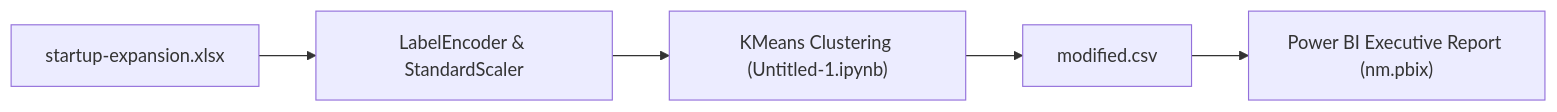
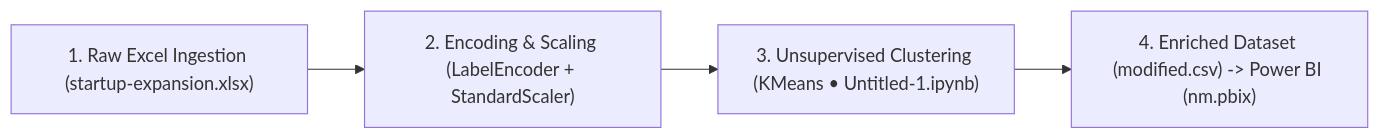
The diagram in README.md (islamsamyy/Startup-Expansion-Analysis-), drawn with Mermaid before and after one commit. The commit also changed other lines of this file and 1 other file, not shown here.

Commit message:
docs: add ultra-detailed architecture, schemas, visual showcase, APIs, and business ROI

````diff
--- a/README.md
+++ b/README.md
@@ -11,7 +27,6 @@
 ```mermaid
 flowchart LR
-    Raw["startup-expansion.xlsx"] --> Prep["LabelEncoder & StandardScaler"]
-    Prep --> Cluster["KMeans Clustering (Untitled-1.ipynb)"]
-    Cluster --> Out["modified.csv"]
-    Out --> BI["Power BI Executive Report (nm.pbix)"]
+    L1["1. Raw Excel Ingestion (startup-expansion.xlsx)"] --> L2["2. Encoding & Scaling (LabelEncoder + StandardScaler)"]
+    L2 --> L3["3. Unsupervised Clustering (KMeans • Untitled-1.ipynb)"]
+    L3 --> L4["4. Enriched Dataset (modified.csv) -> Power BI (nm.pbix)"]
 ```
````
